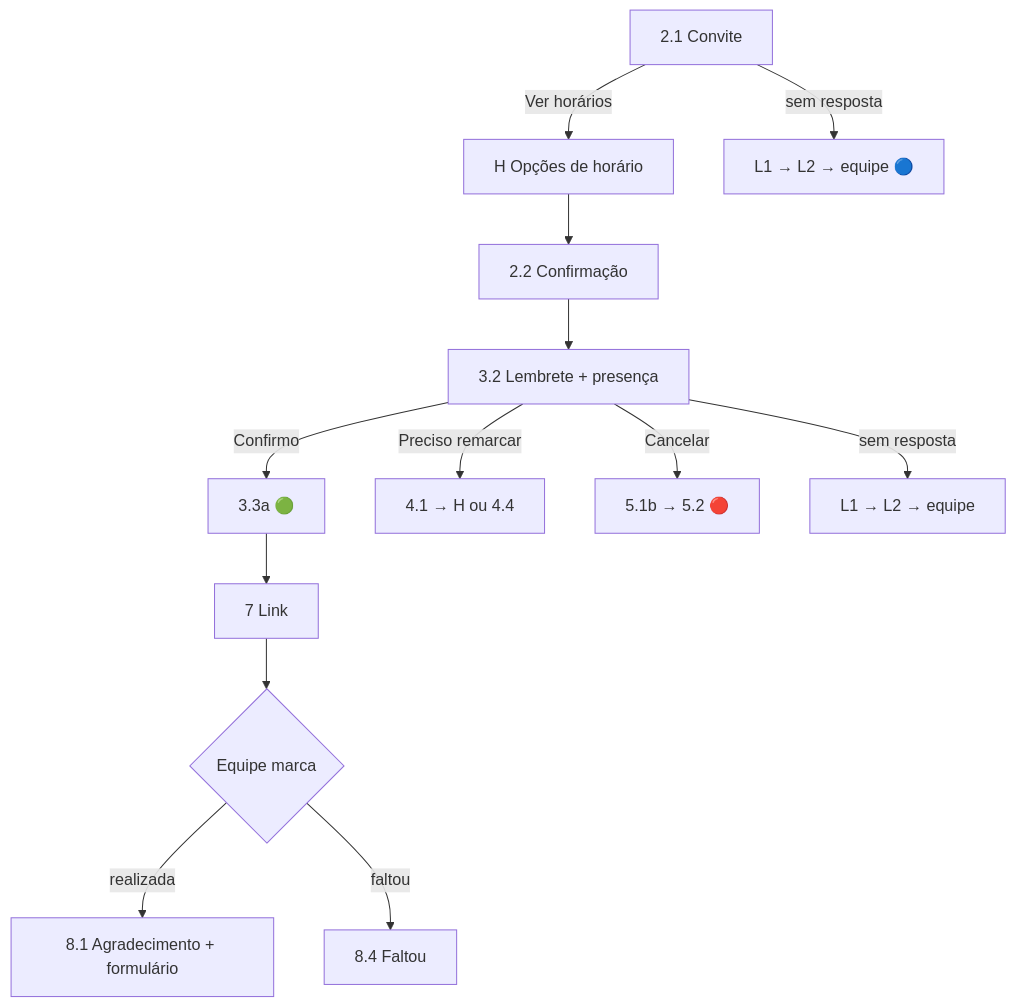
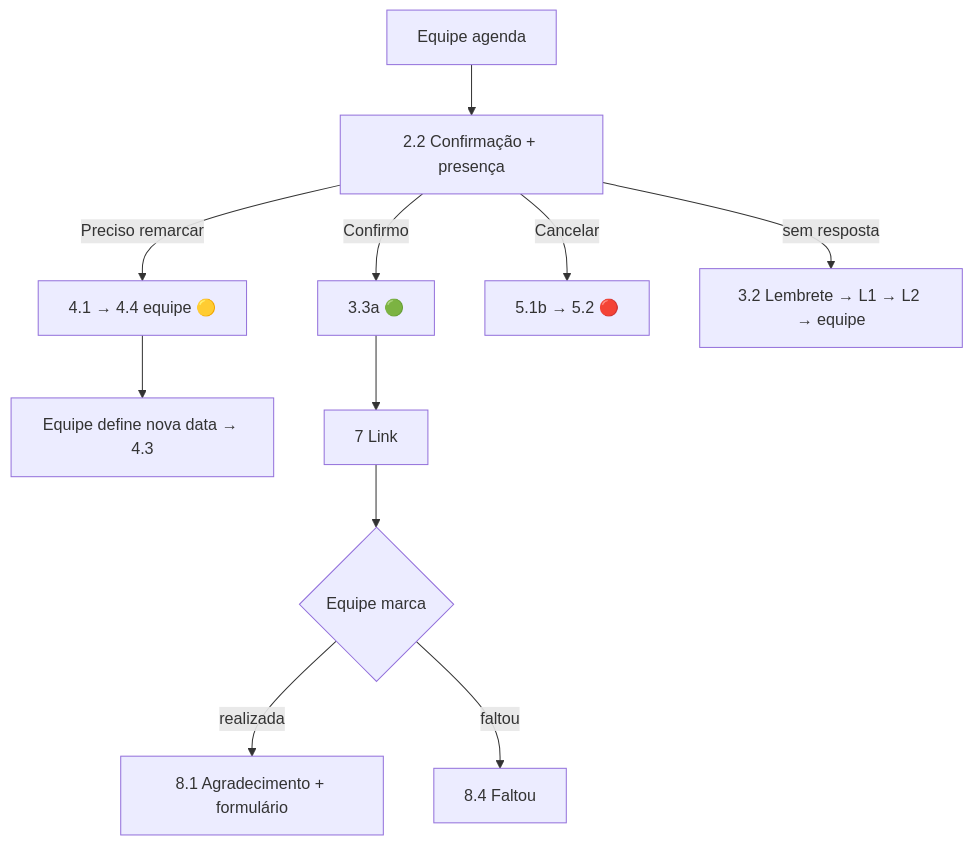
The second of 2 diagrams in docs/MENSAGENS.md (thompsoncysneiros/json-server-template), drawn with Mermaid before and after one commit. The commit also changed other lines of this file and 3 other files, not shown here.

````diff
--- a/docs/MENSAGENS.md
+++ b/docs/MENSAGENS.md
@@ -474,15 +492,13 @@
 ```mermaid
 flowchart TD
-    A[2.1 Convite] -->|Ver horários| H[H Opções de horário]
-    A -->|sem resposta| L[L1 → L2 → equipe 🔵]
-    H --> C[2.2 Confirmação]
-    C --> LC[3.2 Lembrete + presença]
-    LC -->|Confirmo| OK[3.3a 🟢]
-    LC -->|Preciso remarcar| RM[4.1 → H ou 4.4]
-    LC -->|Cancelar| X[5.1b → 5.2 🔴]
-    LC -->|sem resposta| L2[L1 → L2 → equipe]
+    EQ[Equipe agenda] --> C[2.2 Confirmação + presença]
+    C -->|Confirmo| OK[3.3a 🟢]
+    C -->|Preciso remarcar| R[4.1 → 4.4 equipe 🟡]
+    C -->|Cancelar| X[5.1b → 5.2 🔴]
+    C -->|sem resposta| L[3.2 Lembrete → L1 → L2 → equipe]
+    R --> RC[Equipe define nova data → 4.3]
     OK --> LK[7 Link]
-    LK --> R{Equipe marca}
-    R -->|realizada| AV[8.1 Agradecimento + formulário]
-    R -->|faltou| F[8.4 Faltou]
+    LK --> F{Equipe marca}
+    F -->|realizada| AV[8.1 Agradecimento + formulário]
+    F -->|faltou| FT[8.4 Faltou]
 ```
````
